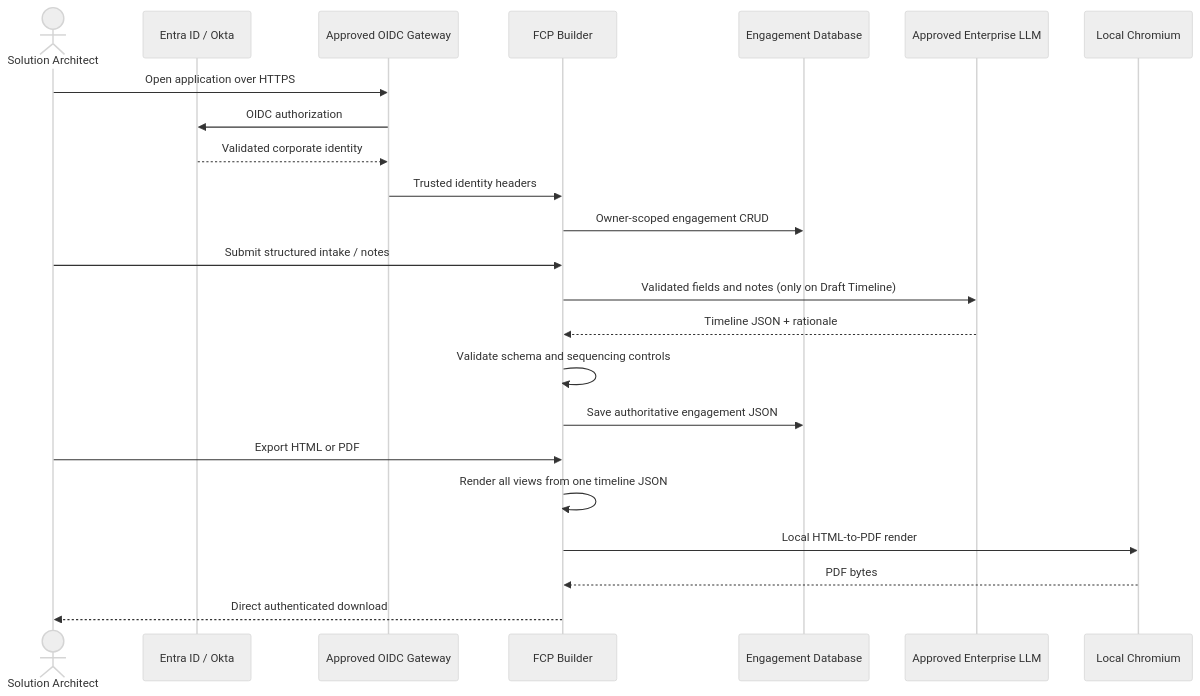
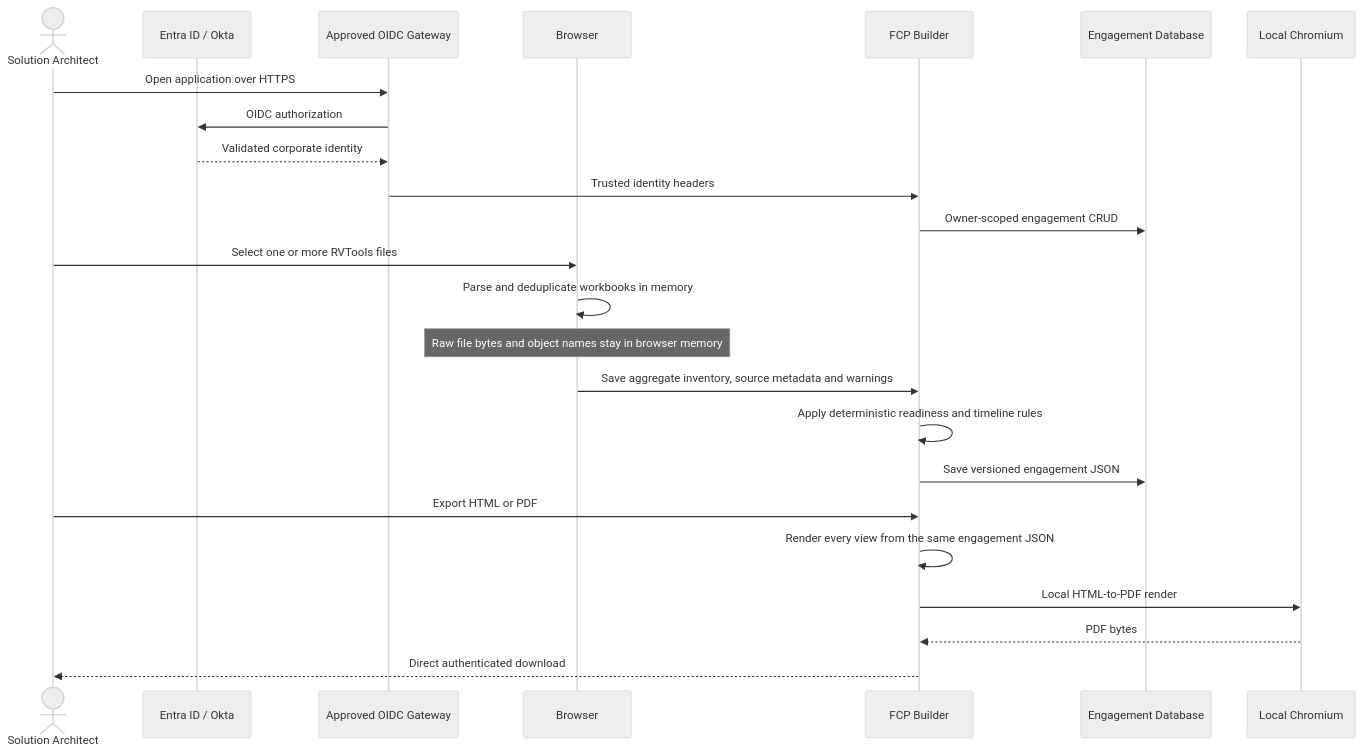
Before and after one commit to walkernetworks/fcp-builder-cdw: the second of 2 diagrams in docs/SECURITY-REVIEW.md, drawn with Mermaid (neutral theme). The commit also changed other lines of this file and 24 other files, not shown here.

````diff
--- a/docs/SECURITY-REVIEW.md
+++ b/docs/SECURITY-REVIEW.md
@@ -23,26 +26,27 @@
 ```mermaid
 sequenceDiagram
   actor SA as Solution Architect
   participant IDP as Entra ID / Okta
   participant GW as Approved OIDC Gateway
+  participant B as Browser
   participant APP as FCP Builder
   participant DB as Engagement Database
-  participant LLM as Approved Enterprise LLM
   participant CH as Local Chromium
 
   SA->>GW: Open application over HTTPS
   GW->>IDP: OIDC authorization
   IDP-->>GW: Validated corporate identity
   GW->>APP: Trusted identity headers
   APP->>DB: Owner-scoped engagement CRUD
-  SA->>APP: Submit structured intake / notes
-  APP->>LLM: Validated fields and notes (only on Draft Timeline)
-  LLM-->>APP: Timeline JSON + rationale
-  APP->>APP: Validate schema and sequencing controls
-  APP->>DB: Save authoritative engagement JSON
+  SA->>B: Select one or more RVTools files
+  B->>B: Parse and deduplicate workbooks in memory
+  Note over B: Raw file bytes and object names stay in browser memory
+  B->>APP: Save aggregate inventory, source metadata and warnings
+  APP->>APP: Apply deterministic readiness and timeline rules
+  APP->>DB: Save versioned engagement JSON
   SA->>APP: Export HTML or PDF
-  APP->>APP: Render all views from one timeline JSON
+  APP->>APP: Render every view from the same engagement JSON
   APP->>CH: Local HTML-to-PDF render
   CH-->>APP: PDF bytes
   APP-->>SA: Direct authenticated download
 ```
````
